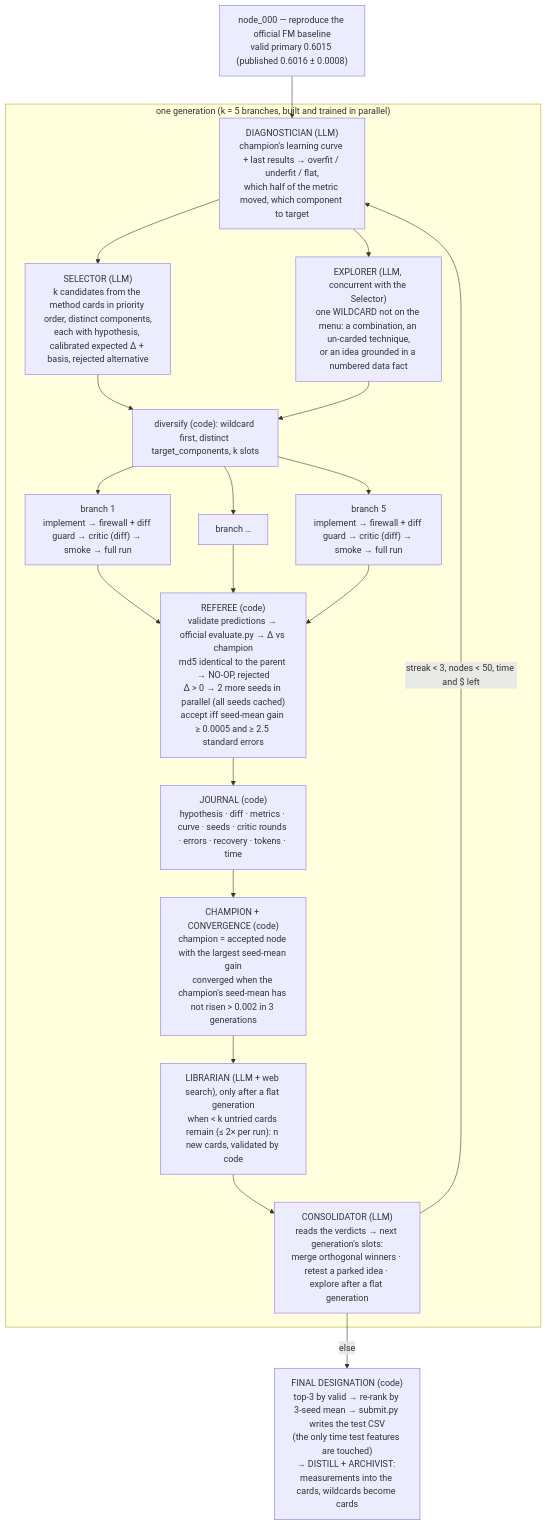
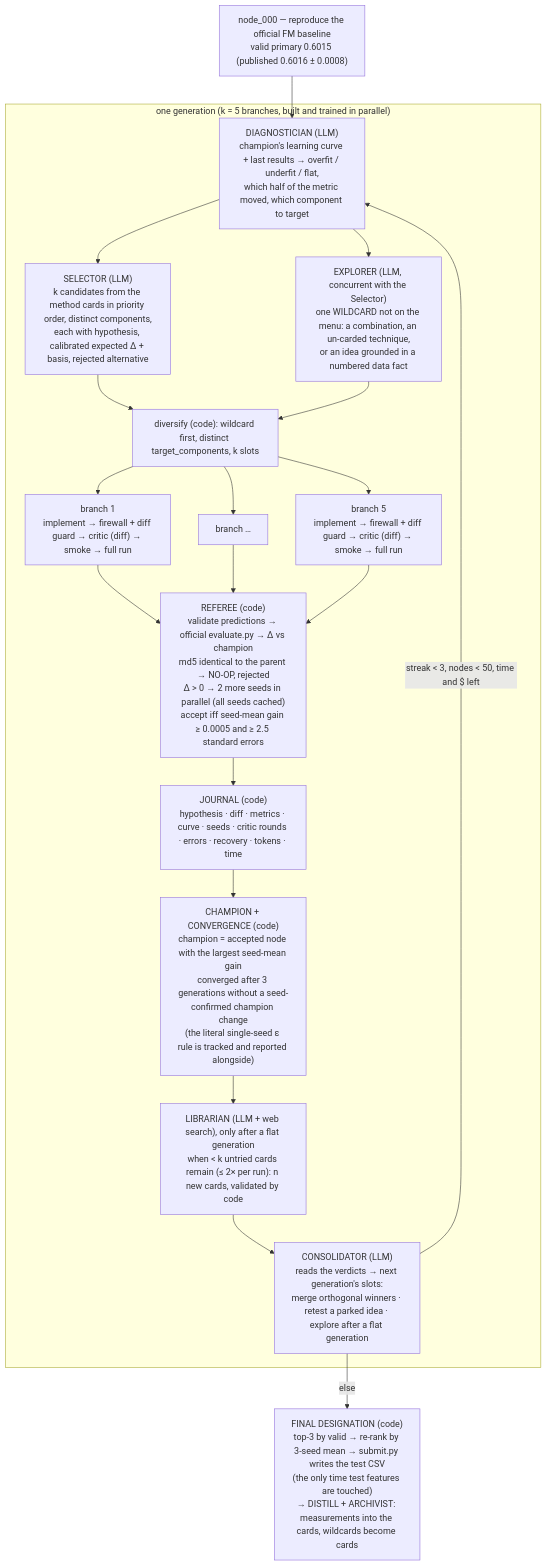
Before and after one commit to yxshrk/jitai_ml_agent: the first of 2 diagrams in kb/ARCHITECTURE.md, drawn with Mermaid. The commit also changed other lines of this file and 11 other files, not shown here.

Commit message:
ADR-0012 revised (Yash): convergence = 3 generations without a seed-confirmed champion change, literal eps rule tracked and reported; run-journal block only for planning roles with diff stubs for old rejected nodes; Implementer gets relevant diffs; cached vs uncached tokens in the summary

````diff
--- a/kb/ARCHITECTURE.md
+++ b/kb/ARCHITECTURE.md
@@ -14,21 +14,21 @@
 ```mermaid
 flowchart TD
     N0["node_000 — reproduce the official FM baseline<br/>valid primary 0.6015 (published 0.6016 ± 0.0008)"] --> D
     subgraph GEN["one generation (k = 5 branches, built and trained in parallel)"]
         D["DIAGNOSTICIAN (LLM)<br/>champion's learning curve + last results → overfit / underfit / flat,<br/>which half of the metric moved, which component to target"] --> S & X
         S["SELECTOR (LLM)<br/>k candidates from the method cards in priority order, distinct components,<br/>each with hypothesis, calibrated expected Δ + basis, rejected alternative"]
         X["EXPLORER (LLM, concurrent with the Selector)<br/>one WILDCARD not on the menu: a combination, an un-carded technique,<br/>or an idea grounded in a numbered data fact"]
         S & X --> DV["diversify (code): wildcard first, distinct target_components, k slots"]
         DV --> B1 & B2 & B3
         B1["branch 1<br/>implement → firewall + diff guard → critic (diff) → smoke → full run"]
         B2["branch …"]
         B3["branch 5<br/>implement → firewall + diff guard → critic (diff) → smoke → full run"]
         B1 & B2 & B3 --> REF["REFEREE (code)<br/>validate predictions → official evaluate.py → Δ vs champion<br/>md5 identical to the parent → NO-OP, rejected<br/>Δ > 0 → 2 more seeds in parallel (all seeds cached)<br/>accept iff seed-mean gain ≥ 0.0005 and ≥ 2.5 standard errors"]
         REF --> J["JOURNAL (code)<br/>hypothesis · diff · metrics · curve · seeds · critic rounds · errors · recovery · tokens · time"]
-        J --> CH["CHAMPION + CONVERGENCE (code)<br/>champion = accepted node with the largest seed-mean gain<br/>converged when the champion's seed-mean has not risen > 0.002 in 3 generations"]
+        J --> CH["CHAMPION + CONVERGENCE (code)<br/>champion = accepted node with the largest seed-mean gain<br/>converged after 3 generations without a seed-confirmed champion change<br/>(the literal single-seed ε rule is tracked and reported alongside)"]
         CH --> LIB["LIBRARIAN (LLM + web search), only after a flat generation<br/>when < k untried cards remain (≤ 2× per run): n new cards, validated by code"]
         LIB --> CONS["CONSOLIDATOR (LLM)<br/>reads the verdicts → next generation's slots:<br/>merge orthogonal winners · retest a parked idea · explore after a flat generation"]
     end
     CONS -->|"streak < 3, nodes < 50, time and $ left"| D
     CONS -->|"else"| END["FINAL DESIGNATION (code)<br/>top-3 by valid → re-rank by 3-seed mean → submit.py writes the test CSV<br/>(the only time test features are touched)<br/>→ DISTILL + ARCHIVIST: measurements into the cards, wildcards become cards"]
 ```
````
